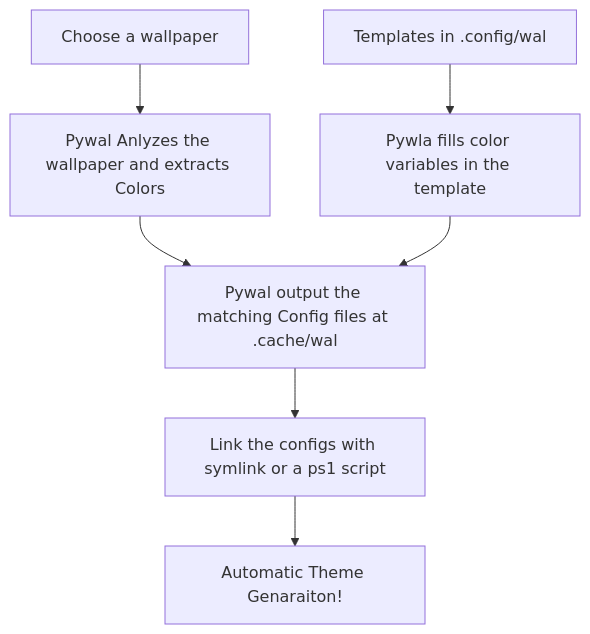
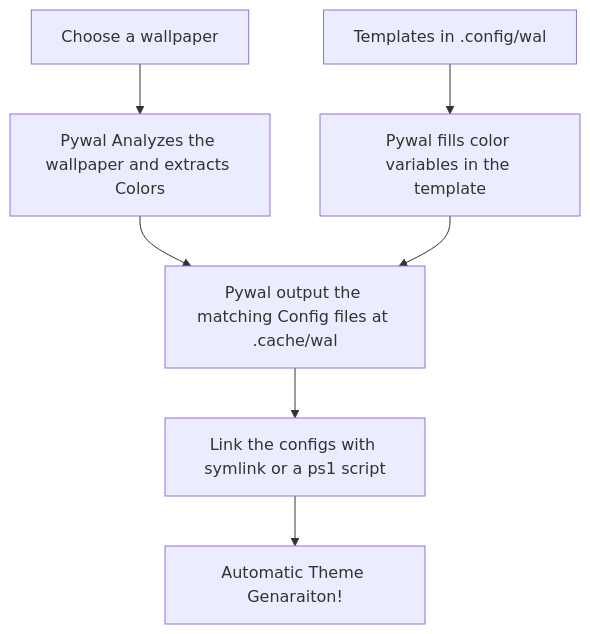
The diagram in Pywal/Readme.md (Somrat10369/Windows-11-Productive-Rice-Configs), drawn with Mermaid before and after one commit. The commit also changed other lines of this file and 7 other files, not shown here.

````diff
--- a/Pywal/Readme.md
+++ b/Pywal/Readme.md
@@ -46,19 +28,19 @@
 ```mermaid
 flowchart TD
 
 Wallpaper["Choose a wallpaper"]
-Pywal["Pywal Anlyzes the wallpaper and extracts Colors"]
+Pywal["Pywal Analyzes the wallpaper and extracts Colors"]
 Templates["Templates in .config/wal"]
-Replace["Pywla fills color variables in the template"]
+Replace["Pywal fills color variables in the template"]
 Configs["Pywal output the matching Config files at .cache/wal"]
 Link["Link the configs with symlink or a ps1 script"]
-Tada!["Automatic Theme Genaraiton!"]
+Tada["Automatic Theme Genaraiton!"]
 
 
 Wallpaper --> Pywal
 Templates --> Replace
 Pywal --> Configs
 Replace --> Configs
 Configs --> Link
-Link --> Tada!
+Link --> Tada
 ```
````
